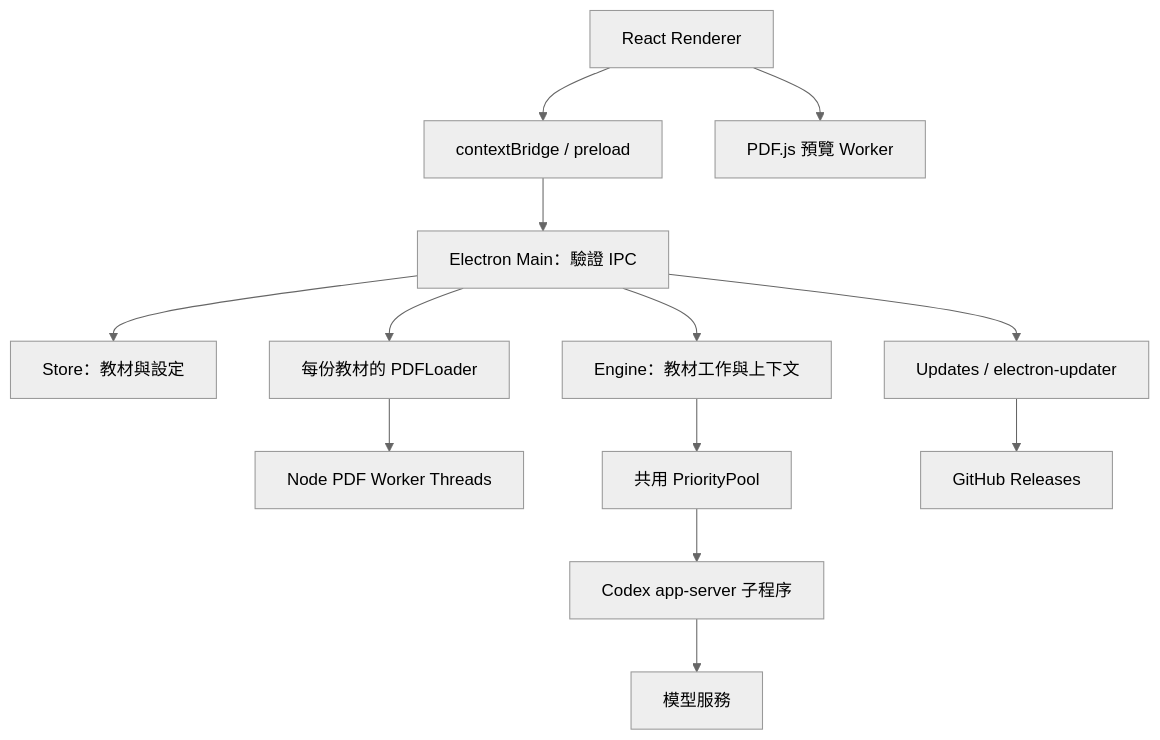
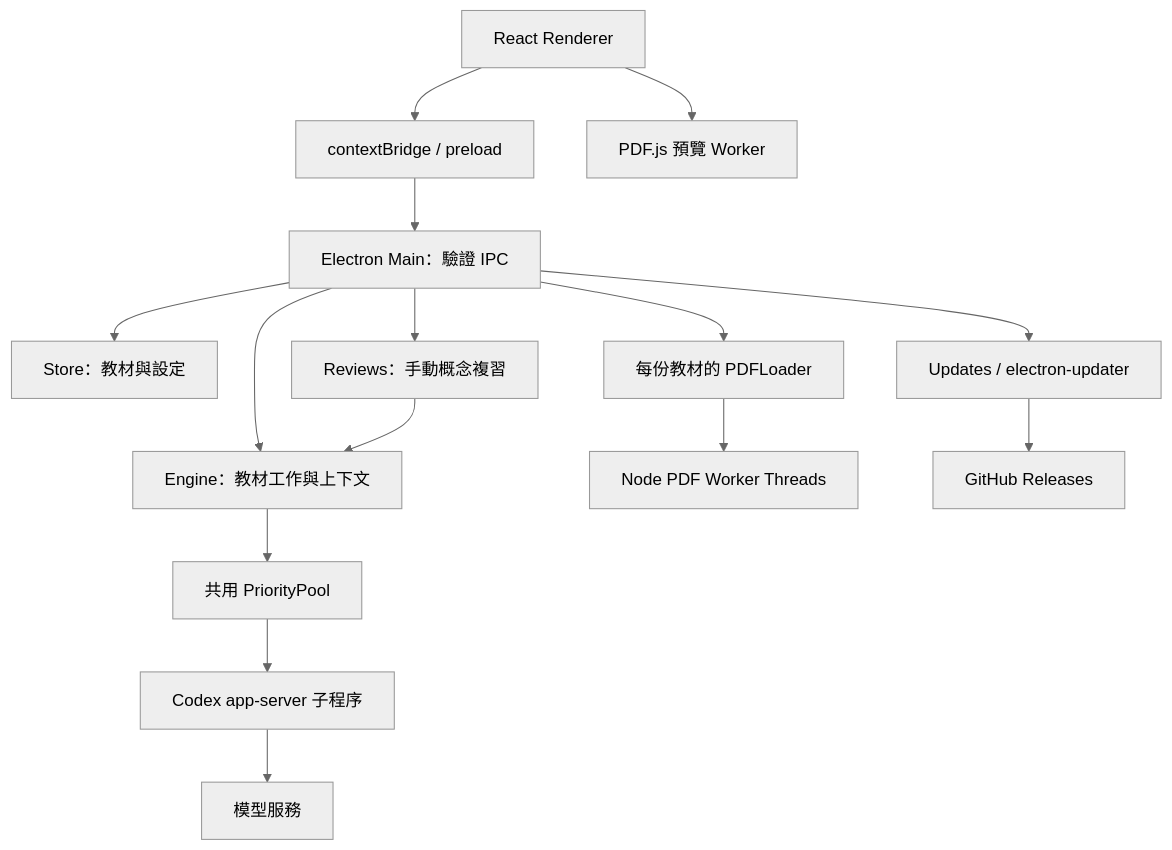
The diagram in docs/ARCHITECTURE.md (Jay-Huang-0130/study-project), drawn with Mermaid (neutral theme) before and after one commit. The commit also changed other lines of this file and 25 other files, not shown here.

````diff
--- a/docs/ARCHITECTURE.md
+++ b/docs/ARCHITECTURE.md
@@ -7,15 +7,17 @@
 ```mermaid
 flowchart TB
     UI[React Renderer] --> API[contextBridge / preload]
     UI --> View[PDF.js 預覽 Worker]
     API --> Main[Electron Main：驗證 IPC]
     Main --> Store[Store：教材與設定]
     Main --> Engine[Engine：教材工作與上下文]
+    Main --> Reviews[Reviews：手動概念複習]
+    Reviews --> Engine
     Main --> PDF[每份教材的 PDFLoader]
     PDF --> Workers[Node PDF Worker Threads]
     Engine --> Pool[共用 PriorityPool]
     Pool --> Codex[Codex app-server 子程序]
     Codex --> Remote[模型服務]
     Main --> Updates[Updates / electron-updater]
     Updates --> Releases[GitHub Releases]
 ```
````
